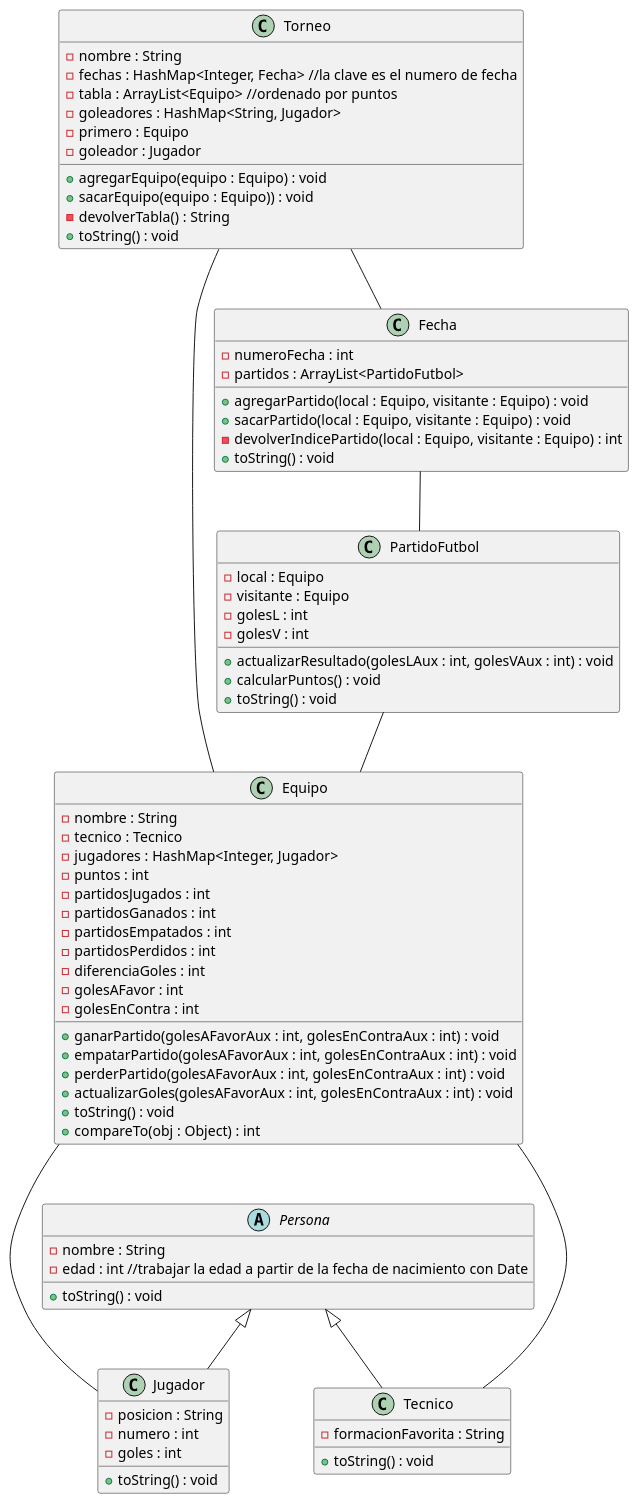
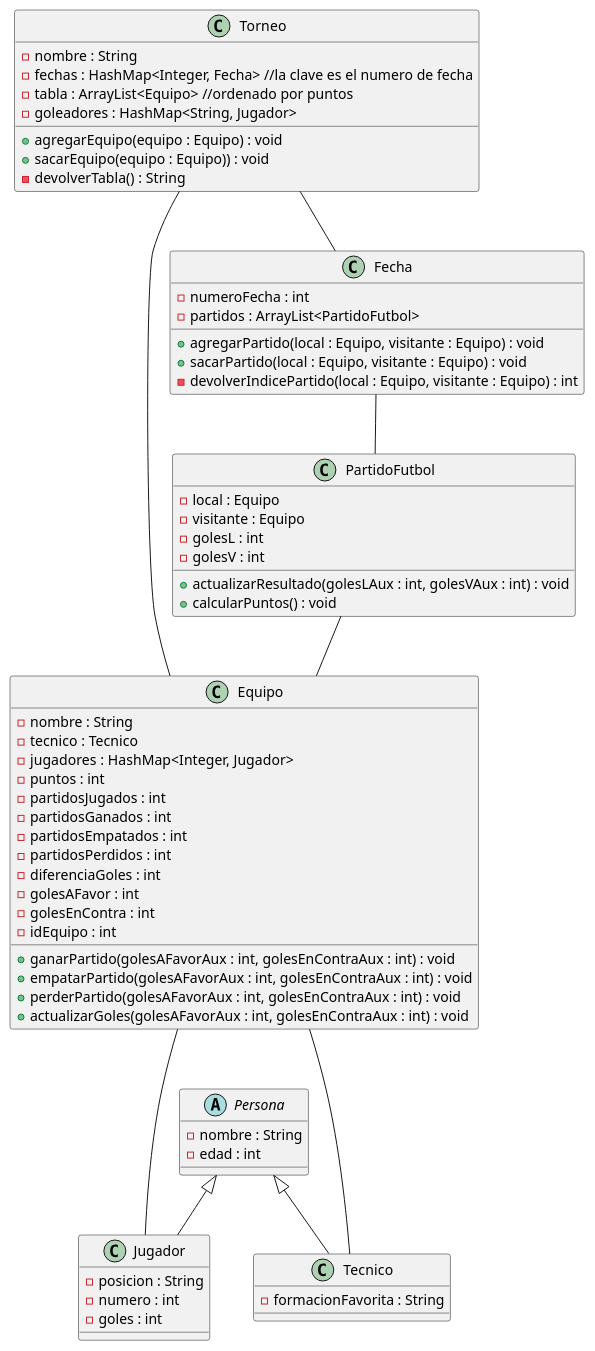
The diagram in src/diagrama-de-clases.puml (agustinrojass/appTorneo), drawn with PlantUML before and after one commit. The commit also changed 36 other files, not shown here.

```diff
--- a/src/diagrama-de-clases.puml
+++ b/src/diagrama-de-clases.puml
@@ -1,71 +1,62 @@
 @startuml
 Torneo -- Equipo
 Torneo -- Fecha
 Fecha -- PartidoFutbol
 PartidoFutbol -- Equipo
 Equipo --- Jugador
 Equipo --- Tecnico
 class Torneo {
     - nombre : String
     - fechas : HashMap<Integer, Fecha> //la clave es el numero de fecha
     - tabla : ArrayList<Equipo> //ordenado por puntos
     - goleadores : HashMap<String, Jugador>
-    - primero : Equipo
-    - goleador : Jugador
     + agregarEquipo(equipo : Equipo) : void
     + sacarEquipo(equipo : Equipo)) : void
     - devolverTabla() : String
-    + toString() : void
 }
 class Fecha {
     - numeroFecha : int
     - partidos : ArrayList<PartidoFutbol>
     + agregarPartido(local : Equipo, visitante : Equipo) : void
     + sacarPartido(local : Equipo, visitante : Equipo) : void
     - devolverIndicePartido(local : Equipo, visitante : Equipo) : int
-    + toString() : void
 }
 class PartidoFutbol {
     - local : Equipo
     - visitante : Equipo
     - golesL : int
     - golesV : int
     + actualizarResultado(golesLAux : int, golesVAux : int) : void
     + calcularPuntos() : void
-    + toString() : void
 }
 class Equipo {
     - nombre : String
     - tecnico : Tecnico
     - jugadores : HashMap<Integer, Jugador>
     - puntos : int
     - partidosJugados : int
     - partidosGanados : int
     - partidosEmpatados : int
     - partidosPerdidos : int
     - diferenciaGoles : int
     - golesAFavor : int
     - golesEnContra : int
+    - idEquipo : int
     + ganarPartido(golesAFavorAux : int, golesEnContraAux : int) : void
     + empatarPartido(golesAFavorAux : int, golesEnContraAux : int) : void
     + perderPartido(golesAFavorAux : int, golesEnContraAux : int) : void
     + actualizarGoles(golesAFavorAux : int, golesEnContraAux : int) : void
-    + toString() : void
-    + compareTo(obj : Object) : int
 }
 abstract class Persona {
     - nombre : String
-    - edad : int //trabajar la edad a partir de la fecha de nacimiento con Date
-    + toString() : void
+    - edad : int
 }
 class Jugador extends Persona {
     - posicion : String
     - numero : int
     - goles : int
-    + toString() : void
 }
 class Tecnico extends Persona {
     - formacionFavorita : String
-    + toString() : void
 }
 @enduml
```
